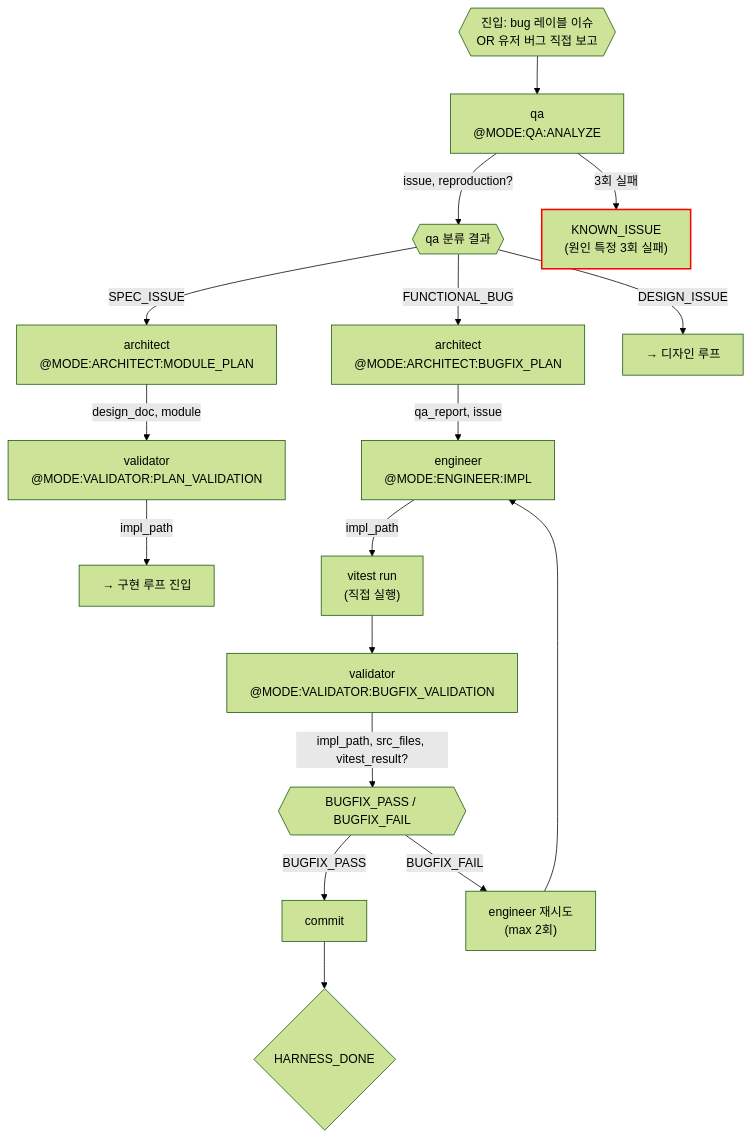
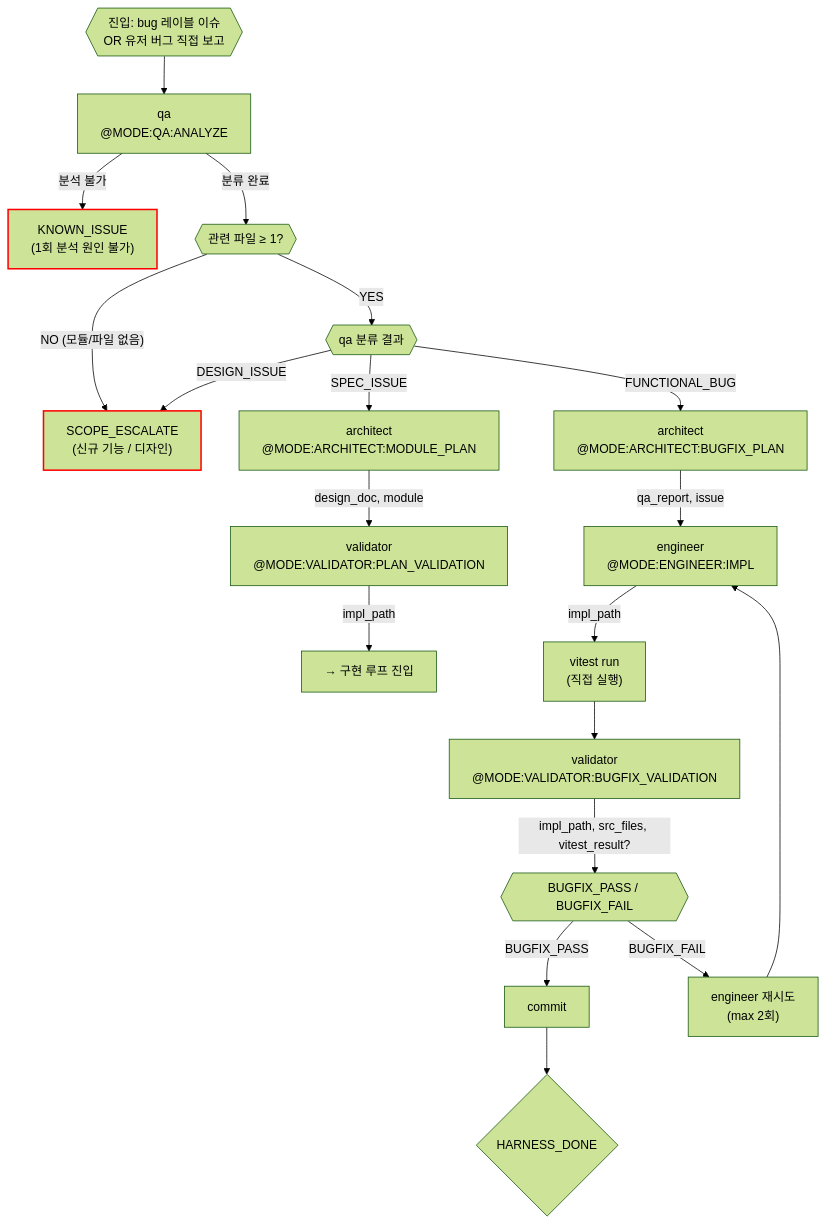
One commit to alruminum/ClaudeCodeAgentPrompt changed the second of 2 diagrams in orchestration/bugfix.md. Above: the diagram before and after it, drawn with Mermaid (forest theme). The commit also changed other lines of this file and 4 other files, not shown here.

First line of the commit message:
refactor(qa): 재검증 루프 삭제 + 행동 제한·중복 방지·SCOPE_ESCALATE 추가

````diff
--- a/orchestration/bugfix.md
+++ b/orchestration/bugfix.md
@@ -26,49 +26,51 @@
 ```mermaid
 flowchart TD
     ENTRY{{"진입: bug 레이블 이슈\nOR 유저 버그 직접 보고"}}
 
     QA["qa\n@MODE:QA:ANALYZE"]
-    KI["KNOWN_ISSUE\n(원인 특정 3회 실패)"]:::escalation
+    KI["KNOWN_ISSUE\n(1회 분석 원인 불가)"]:::escalation
+    SE["SCOPE_ESCALATE\n(신규 기능 / 디자인)"]:::escalation
 
+    SCOPE_CHECK{{"관련 파일 ≥ 1?"}}
     QA_ROUTE{{"qa 분류 결과"}}
 
-    %% SPEC_ISSUE 경로
+    %% SPEC_ISSUE 경로 (관련 파일 있을 때)
     ARC_MP["architect\n@MODE:ARCHITECT:MODULE_PLAN"]
     VAL_PV["validator\n@MODE:VALIDATOR:PLAN_VALIDATION"]
     IMPL_ENTRY["→ 구현 루프 진입"]
 
     %% FUNCTIONAL_BUG 경로
     ARC_BF["architect\n@MODE:ARCHITECT:BUGFIX_PLAN"]
     ENG["engineer\n@MODE:ENGINEER:IMPL"]
     VITEST["vitest run\n(직접 실행)"]
     VAL_BV["validator\n@MODE:VALIDATOR:BUGFIX_VALIDATION"]
     BF_RESULT{{"BUGFIX_PASS / BUGFIX_FAIL"}}
     ENG_RETRY["engineer 재시도\n(max 2회)"]
     COMMIT["commit"]
     HD{"HARNESS_DONE"}
 
-    %% DESIGN_ISSUE 경로
-    DESIGN_ENTRY["→ 디자인 루프"]
+    ENTRY --> QA
+    QA -->|"분석 불가"| KI
+    QA -->|"분류 완료"| SCOPE_CHECK
 
-    ENTRY --> QA
-    QA -->|"issue, reproduction?"| QA_ROUTE
-    QA -->|"3회 실패"| KI
+    SCOPE_CHECK -->|"NO (모듈/파일 없음)"| SE
+    SCOPE_CHECK -->|"YES"| QA_ROUTE
 
+    QA_ROUTE -->|DESIGN_ISSUE| SE
     QA_ROUTE -->|SPEC_ISSUE| ARC_MP
     QA_ROUTE -->|FUNCTIONAL_BUG| ARC_BF
-    QA_ROUTE -->|DESIGN_ISSUE| DESIGN_ENTRY
 
     ARC_MP -->|"design_doc, module"| VAL_PV
     VAL_PV -->|"impl_path"| IMPL_ENTRY
 
     ARC_BF -->|"qa_report, issue"| ENG
     ENG -->|"impl_path"| VITEST
     VITEST --> VAL_BV
     VAL_BV -->|"impl_path, src_files, vitest_result?"| BF_RESULT
     BF_RESULT -->|BUGFIX_PASS| COMMIT
     BF_RESULT -->|BUGFIX_FAIL| ENG_RETRY
     ENG_RETRY --> ENG
     COMMIT --> HD
 
     classDef escalation stroke:#f00,stroke-width:2px
 ```
````
